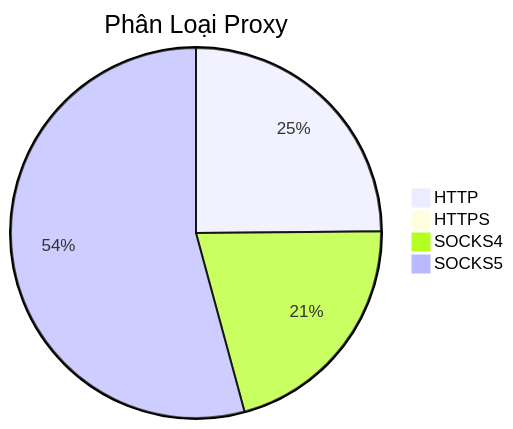
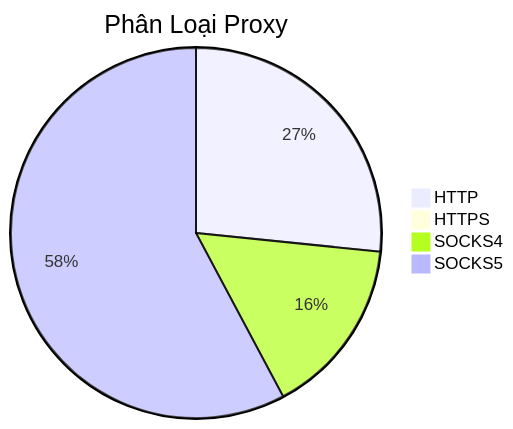
The diagram in README.md (Ciara-12/PROXY-free), drawn with Mermaid before and after one commit. The commit also changed other lines of this file and 4 other files, not shown here.

````diff
--- a/README.md
+++ b/README.md
@@ -26,7 +26,7 @@
 ```mermaid
 pie title Phân Loại Proxy
-    "HTTP" : 456
-    "HTTPS" : 0
-    "SOCKS4" : 384
-    "SOCKS5" : 995
+    "HTTP" : 611
+    "HTTPS" : 1
+    "SOCKS4" : 358
+    "SOCKS5" : 1327
 ```
````
